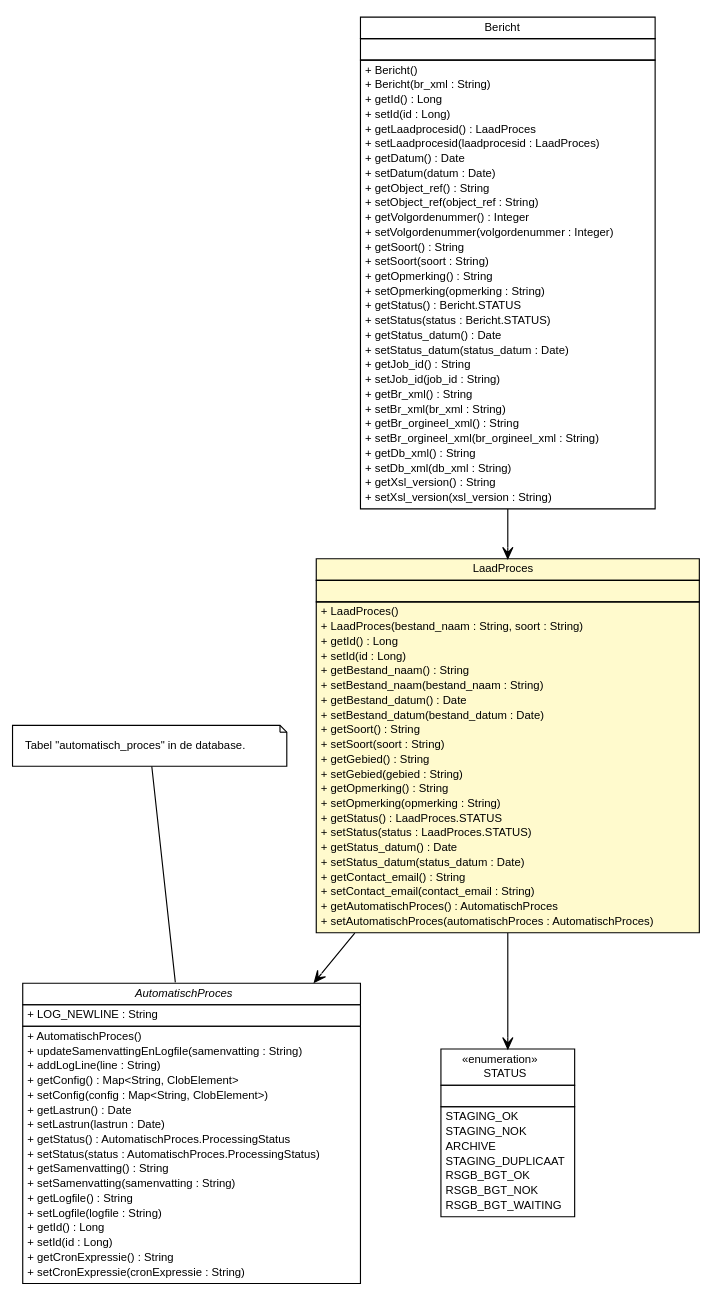
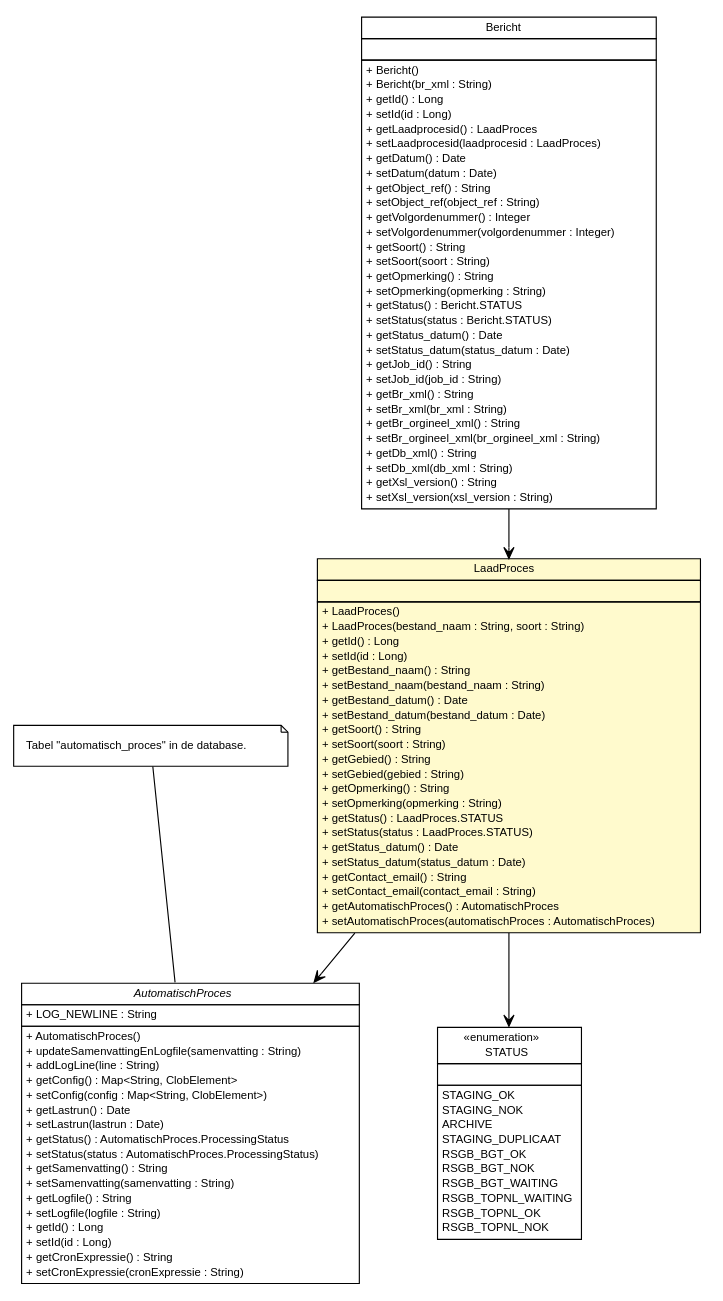
The diagram in brmo-persistence/apidocs/nl/b3p/brmo/persistence/staging/LaadProces.dot (B3Partners/brmo), drawn with Graphviz before and after one commit. The commit also changed 183 other files, not shown here.

```diff
--- a/brmo-persistence/apidocs/nl/b3p/brmo/persistence/staging/LaadProces.dot
+++ b/brmo-persistence/apidocs/nl/b3p/brmo/persistence/staging/LaadProces.dot
@@ -1,146 +1,149 @@
 #!/usr/local/bin/dot
 #
 # Class diagram 
 # Generated by UMLGraph version R5_6-24-gf6e263 (http://www.umlgraph.org/)
 #
 
 digraph G {
 	edge [fontname="Helvetica",fontsize=10,labelfontname="Helvetica",labelfontsize=10];
 	node [fontname="Helvetica",fontsize=10,shape=plaintext];
 	nodesep=0.25;
 	ranksep=0.5;
 	// nl.b3p.brmo.persistence.staging.AutomatischProces
 	c465 [label=<<table title="nl.b3p.brmo.persistence.staging.AutomatischProces" border="0" cellborder="1" cellspacing="0" cellpadding="2" port="p" href="./AutomatischProces.html">
 		<tr><td><table border="0" cellspacing="0" cellpadding="1">
 <tr><td align="center" balign="center"><font face="Helvetica-Oblique"> AutomatischProces </font></td></tr>
 		</table></td></tr>
 		<tr><td><table border="0" cellspacing="0" cellpadding="1">
 <tr><td align="left" balign="left"> + LOG_NEWLINE : String </td></tr>
 		</table></td></tr>
 		<tr><td><table border="0" cellspacing="0" cellpadding="1">
 <tr><td align="left" balign="left"> + AutomatischProces() </td></tr>
 <tr><td align="left" balign="left"> + updateSamenvattingEnLogfile(samenvatting : String) </td></tr>
 <tr><td align="left" balign="left"> + addLogLine(line : String) </td></tr>
 <tr><td align="left" balign="left"> + getConfig() : Map&lt;String, ClobElement&gt; </td></tr>
 <tr><td align="left" balign="left"> + setConfig(config : Map&lt;String, ClobElement&gt;) </td></tr>
 <tr><td align="left" balign="left"> + getLastrun() : Date </td></tr>
 <tr><td align="left" balign="left"> + setLastrun(lastrun : Date) </td></tr>
 <tr><td align="left" balign="left"> + getStatus() : AutomatischProces.ProcessingStatus </td></tr>
 <tr><td align="left" balign="left"> + setStatus(status : AutomatischProces.ProcessingStatus) </td></tr>
 <tr><td align="left" balign="left"> + getSamenvatting() : String </td></tr>
 <tr><td align="left" balign="left"> + setSamenvatting(samenvatting : String) </td></tr>
 <tr><td align="left" balign="left"> + getLogfile() : String </td></tr>
 <tr><td align="left" balign="left"> + setLogfile(logfile : String) </td></tr>
 <tr><td align="left" balign="left"> + getId() : Long </td></tr>
 <tr><td align="left" balign="left"> + setId(id : Long) </td></tr>
 <tr><td align="left" balign="left"> + getCronExpressie() : String </td></tr>
 <tr><td align="left" balign="left"> + setCronExpressie(cronExpressie : String) </td></tr>
 		</table></td></tr>
 		</table>>, URL="./AutomatischProces.html", fontname="Helvetica", fontcolor="black", fontsize=10.0];
 	// Note annotation
 	n0cc465 [label=<<table title="nl.b3p.brmo.persistence.staging.AutomatischProces" border="0" cellborder="0" cellspacing="0" cellpadding="2" port="p" href="./AutomatischProces.html">
 		<tr><td><table border="0" cellspacing="0" cellpadding="1">
 <tr><td align="left" balign="left"> Tabel "automatisch_proces" in de database. </td></tr>
 		</table></td></tr>
 		</table>>, fontname="Helvetica", fontcolor="black", fontsize=10.0, shape=note];
 	n0cc465 -> c465:p[arrowhead=none];
 	// nl.b3p.brmo.persistence.staging.Bericht
 	c478 [label=<<table title="nl.b3p.brmo.persistence.staging.Bericht" border="0" cellborder="1" cellspacing="0" cellpadding="2" port="p" href="./Bericht.html">
 		<tr><td><table border="0" cellspacing="0" cellpadding="1">
 <tr><td align="center" balign="center"> Bericht </td></tr>
 		</table></td></tr>
 		<tr><td><table border="0" cellspacing="0" cellpadding="1">
 <tr><td align="left" balign="left">  </td></tr>
 		</table></td></tr>
 		<tr><td><table border="0" cellspacing="0" cellpadding="1">
 <tr><td align="left" balign="left"> + Bericht() </td></tr>
 <tr><td align="left" balign="left"> + Bericht(br_xml : String) </td></tr>
 <tr><td align="left" balign="left"> + getId() : Long </td></tr>
 <tr><td align="left" balign="left"> + setId(id : Long) </td></tr>
 <tr><td align="left" balign="left"> + getLaadprocesid() : LaadProces </td></tr>
 <tr><td align="left" balign="left"> + setLaadprocesid(laadprocesid : LaadProces) </td></tr>
 <tr><td align="left" balign="left"> + getDatum() : Date </td></tr>
 <tr><td align="left" balign="left"> + setDatum(datum : Date) </td></tr>
 <tr><td align="left" balign="left"> + getObject_ref() : String </td></tr>
 <tr><td align="left" balign="left"> + setObject_ref(object_ref : String) </td></tr>
 <tr><td align="left" balign="left"> + getVolgordenummer() : Integer </td></tr>
 <tr><td align="left" balign="left"> + setVolgordenummer(volgordenummer : Integer) </td></tr>
 <tr><td align="left" balign="left"> + getSoort() : String </td></tr>
 <tr><td align="left" balign="left"> + setSoort(soort : String) </td></tr>
 <tr><td align="left" balign="left"> + getOpmerking() : String </td></tr>
 <tr><td align="left" balign="left"> + setOpmerking(opmerking : String) </td></tr>
 <tr><td align="left" balign="left"> + getStatus() : Bericht.STATUS </td></tr>
 <tr><td align="left" balign="left"> + setStatus(status : Bericht.STATUS) </td></tr>
 <tr><td align="left" balign="left"> + getStatus_datum() : Date </td></tr>
 <tr><td align="left" balign="left"> + setStatus_datum(status_datum : Date) </td></tr>
 <tr><td align="left" balign="left"> + getJob_id() : String </td></tr>
 <tr><td align="left" balign="left"> + setJob_id(job_id : String) </td></tr>
 <tr><td align="left" balign="left"> + getBr_xml() : String </td></tr>
 <tr><td align="left" balign="left"> + setBr_xml(br_xml : String) </td></tr>
 <tr><td align="left" balign="left"> + getBr_orgineel_xml() : String </td></tr>
 <tr><td align="left" balign="left"> + setBr_orgineel_xml(br_orgineel_xml : String) </td></tr>
 <tr><td align="left" balign="left"> + getDb_xml() : String </td></tr>
 <tr><td align="left" balign="left"> + setDb_xml(db_xml : String) </td></tr>
 <tr><td align="left" balign="left"> + getXsl_version() : String </td></tr>
 <tr><td align="left" balign="left"> + setXsl_version(xsl_version : String) </td></tr>
 		</table></td></tr>
 		</table>>, URL="./Bericht.html", fontname="Helvetica", fontcolor="black", fontsize=10.0];
 	// nl.b3p.brmo.persistence.staging.LaadProces
 	c482 [label=<<table title="nl.b3p.brmo.persistence.staging.LaadProces" border="0" cellborder="1" cellspacing="0" cellpadding="2" port="p" bgcolor="lemonChiffon" href="./LaadProces.html">
 		<tr><td><table border="0" cellspacing="0" cellpadding="1">
 <tr><td align="center" balign="center"> LaadProces </td></tr>
 		</table></td></tr>
 		<tr><td><table border="0" cellspacing="0" cellpadding="1">
 <tr><td align="left" balign="left">  </td></tr>
 		</table></td></tr>
 		<tr><td><table border="0" cellspacing="0" cellpadding="1">
 <tr><td align="left" balign="left"> + LaadProces() </td></tr>
 <tr><td align="left" balign="left"> + LaadProces(bestand_naam : String, soort : String) </td></tr>
 <tr><td align="left" balign="left"> + getId() : Long </td></tr>
 <tr><td align="left" balign="left"> + setId(id : Long) </td></tr>
 <tr><td align="left" balign="left"> + getBestand_naam() : String </td></tr>
 <tr><td align="left" balign="left"> + setBestand_naam(bestand_naam : String) </td></tr>
 <tr><td align="left" balign="left"> + getBestand_datum() : Date </td></tr>
 <tr><td align="left" balign="left"> + setBestand_datum(bestand_datum : Date) </td></tr>
 <tr><td align="left" balign="left"> + getSoort() : String </td></tr>
 <tr><td align="left" balign="left"> + setSoort(soort : String) </td></tr>
 <tr><td align="left" balign="left"> + getGebied() : String </td></tr>
 <tr><td align="left" balign="left"> + setGebied(gebied : String) </td></tr>
 <tr><td align="left" balign="left"> + getOpmerking() : String </td></tr>
 <tr><td align="left" balign="left"> + setOpmerking(opmerking : String) </td></tr>
 <tr><td align="left" balign="left"> + getStatus() : LaadProces.STATUS </td></tr>
 <tr><td align="left" balign="left"> + setStatus(status : LaadProces.STATUS) </td></tr>
 <tr><td align="left" balign="left"> + getStatus_datum() : Date </td></tr>
 <tr><td align="left" balign="left"> + setStatus_datum(status_datum : Date) </td></tr>
 <tr><td align="left" balign="left"> + getContact_email() : String </td></tr>
 <tr><td align="left" balign="left"> + setContact_email(contact_email : String) </td></tr>
 <tr><td align="left" balign="left"> + getAutomatischProces() : AutomatischProces </td></tr>
 <tr><td align="left" balign="left"> + setAutomatischProces(automatischProces : AutomatischProces) </td></tr>
 		</table></td></tr>
 		</table>>, URL="./LaadProces.html", fontname="Helvetica", fontcolor="black", fontsize=10.0];
 	// nl.b3p.brmo.persistence.staging.LaadProces.STATUS
 	c483 [label=<<table title="nl.b3p.brmo.persistence.staging.LaadProces.STATUS" border="0" cellborder="1" cellspacing="0" cellpadding="2" port="p" href="./LaadProces.STATUS.html">
 		<tr><td><table border="0" cellspacing="0" cellpadding="1">
 <tr><td align="center" balign="center"> &#171;enumeration&#187; </td></tr>
 <tr><td align="center" balign="center"> STATUS </td></tr>
 		</table></td></tr>
 		<tr><td><table border="0" cellspacing="0" cellpadding="1">
 <tr><td align="left" balign="left">  </td></tr>
 		</table></td></tr>
 		<tr><td><table border="0" cellspacing="0" cellpadding="1">
 <tr><td align="left" balign="left"> STAGING_OK </td></tr>
 <tr><td align="left" balign="left"> STAGING_NOK </td></tr>
 <tr><td align="left" balign="left"> ARCHIVE </td></tr>
 <tr><td align="left" balign="left"> STAGING_DUPLICAAT </td></tr>
 <tr><td align="left" balign="left"> RSGB_BGT_OK </td></tr>
 <tr><td align="left" balign="left"> RSGB_BGT_NOK </td></tr>
 <tr><td align="left" balign="left"> RSGB_BGT_WAITING </td></tr>
+<tr><td align="left" balign="left"> RSGB_TOPNL_WAITING </td></tr>
+<tr><td align="left" balign="left"> RSGB_TOPNL_OK </td></tr>
+<tr><td align="left" balign="left"> RSGB_TOPNL_NOK </td></tr>
 		</table></td></tr>
 		</table>>, URL="./LaadProces.STATUS.html", fontname="Helvetica", fontcolor="black", fontsize=10.0];
 	// nl.b3p.brmo.persistence.staging.Bericht NAVASSOC nl.b3p.brmo.persistence.staging.LaadProces
 	c478:p -> c482:p [taillabel="", label="", headlabel="", fontname="Helvetica", fontcolor="black", fontsize=10.0, color="black", arrowhead=open];
 	// nl.b3p.brmo.persistence.staging.LaadProces NAVASSOC nl.b3p.brmo.persistence.staging.LaadProces.STATUS
 	c482:p -> c483:p [taillabel="", label="", headlabel="", fontname="Helvetica", fontcolor="black", fontsize=10.0, color="black", arrowhead=open];
 	// nl.b3p.brmo.persistence.staging.LaadProces NAVASSOC nl.b3p.brmo.persistence.staging.AutomatischProces
 	c482:p -> c465:p [taillabel="", label="", headlabel="", fontname="Helvetica", fontcolor="black", fontsize=10.0, color="black", arrowhead=open];
 }
```
